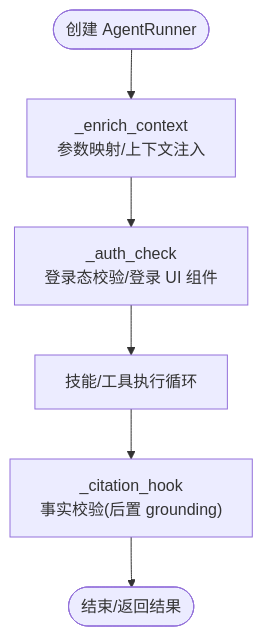
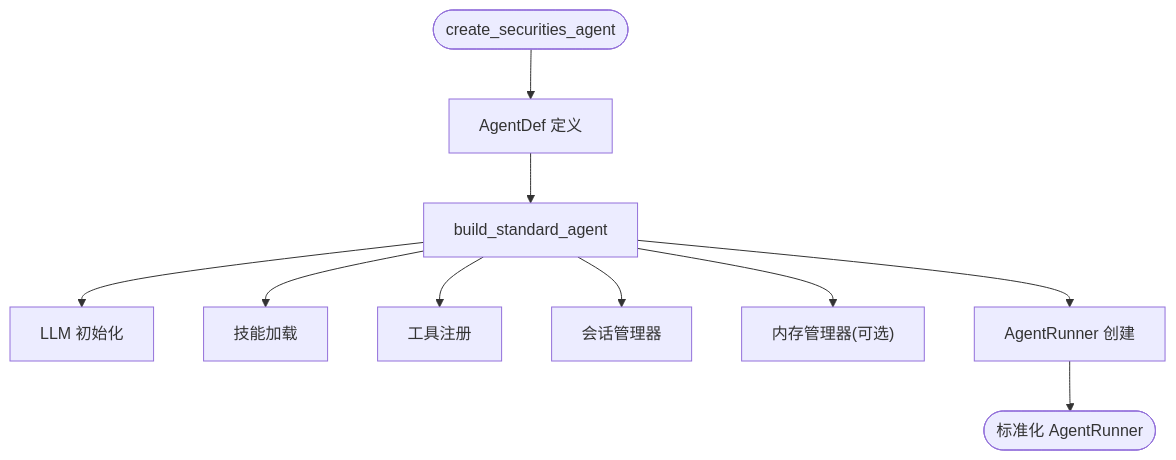
One commit to YU-JI-KUI/ark-agentic changed the third of 8 diagrams in repowiki/zh/content/智能体实现/证券智能体/证券智能体.md. Above: the diagram before and after it, drawn with Mermaid. The commit also changed other lines of this file and 12 other files, not shown here.

````diff
--- a/repowiki/zh/content/智能体实现/证券智能体/证券智能体.md
+++ b/repowiki/zh/content/智能体实现/证券智能体/证券智能体.md
@@ -152,8 +161,12 @@
 ```mermaid
 flowchart TD
-Start(["创建 AgentRunner"]) --> Ctx["_enrich_context<br/>参数映射/上下文注入"]
-Ctx --> Auth["_auth_check<br/>登录态校验/登录 UI 组件"]
-Auth --> Loop["技能/工具执行循环"]
-Loop --> Validate["_citation_hook<br/>事实校验(后置 grounding)"]
-Validate --> End(["结束/返回结果"])
+Start(["create_securities_agent"]) --> Def["AgentDef 定义"]
+Def --> Build["build_standard_agent"]
+Build --> LLM["LLM 初始化"]
+Build --> Skills["技能加载"]
+Build --> Tools["工具注册"]
+Build --> Sessions["会话管理器"]
+Build --> Memory["内存管理器(可选)"]
+Build --> Runner["AgentRunner 创建"]
+Runner --> End(["标准化 AgentRunner"])
 ```
````
